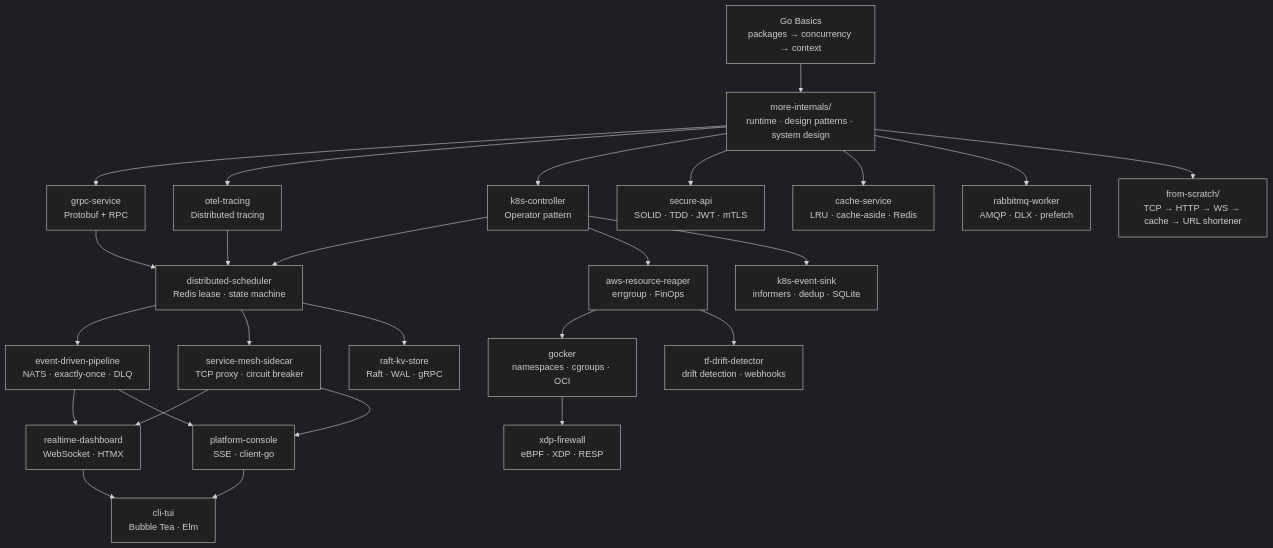
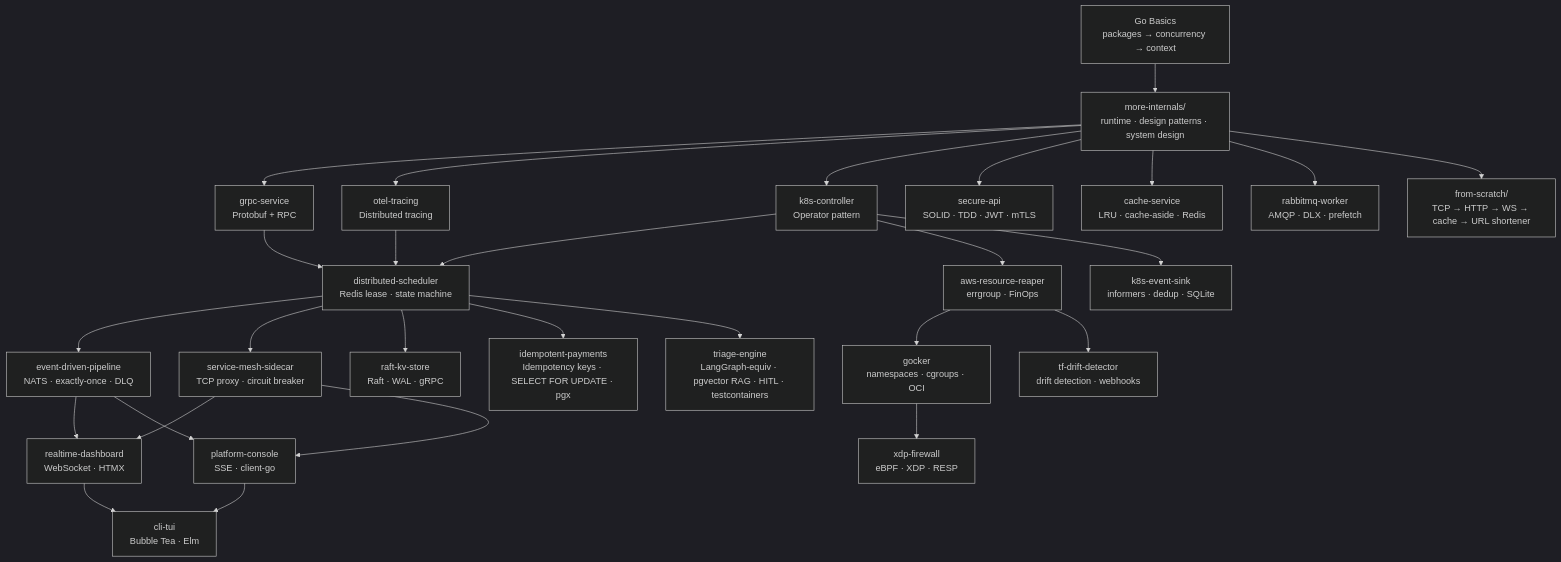
The first of 21 diagrams in projects/README.md (deepanshu-rawat6/tour-of-go), drawn with Mermaid (dark theme) before and after one commit. The commit also changed other lines of this file and 51 other files, not shown here.

````diff
--- a/projects/README.md
+++ b/projects/README.md
@@ -9,23 +9,25 @@
 ```mermaid
 graph TD
     BASICS[Go Basics\npackages → concurrency → context] --> INTERNALS[more-internals/\nruntime · design patterns · system design]
     INTERNALS --> P1[grpc-service\nProtobuf + RPC]
     INTERNALS --> P2[otel-tracing\nDistributed tracing]
     INTERNALS --> P3[k8s-controller\nOperator pattern]
     P1 & P2 & P3 --> P4[distributed-scheduler\nRedis lease · state machine]
     P4 --> P5[event-driven-pipeline\nNATS · exactly-once · DLQ]
     P4 --> P6[service-mesh-sidecar\nTCP proxy · circuit breaker]
     P5 & P6 --> P7[realtime-dashboard\nWebSocket · HTMX]
     P5 & P6 --> P8[platform-console\nSSE · client-go]
     P7 & P8 --> P9[cli-tui\nBubble Tea · Elm]
     P3 --> P10[aws-resource-reaper\nerrgroup · FinOps]
     P10 --> P11[gocker\nnamespaces · cgroups · OCI]
     P10 --> P12[tf-drift-detector\ndrift detection · webhooks]
     P4 --> P13[raft-kv-store\nRaft · WAL · gRPC]
     P11 --> P14[xdp-firewall\neBPF · XDP · RESP]
     P3 --> P15[k8s-event-sink\ninformers · dedup · SQLite]
     INTERNALS --> P16[secure-api\nSOLID · TDD · JWT · mTLS]
     INTERNALS --> P17[cache-service\nLRU · cache-aside · Redis]
     INTERNALS --> P18[rabbitmq-worker\nAMQP · DLX · prefetch]
     INTERNALS --> FS[from-scratch/\nTCP → HTTP → WS → cache → URL shortener]
+    P4 --> P19[idempotent-payments\nIdempotency keys · SELECT FOR UPDATE · pgx]
+    P4 --> P20[triage-engine\nLangGraph-equiv · pgvector RAG · HITL · testcontainers]
 ```
````
